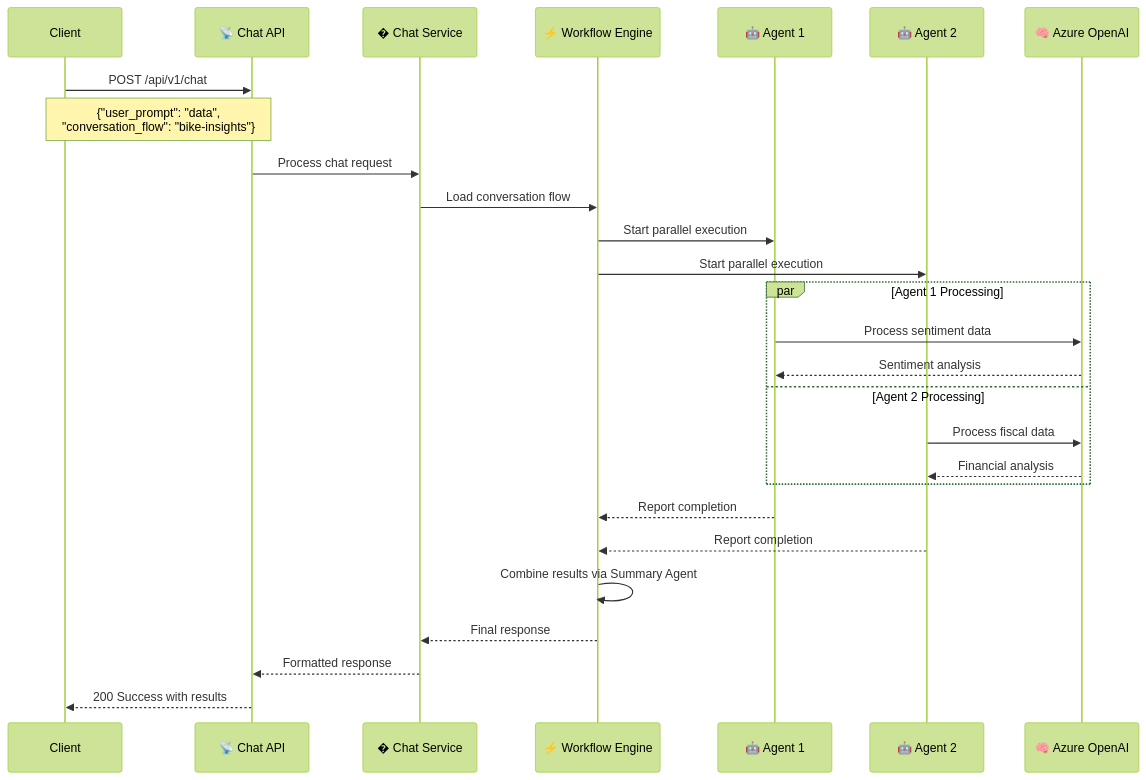
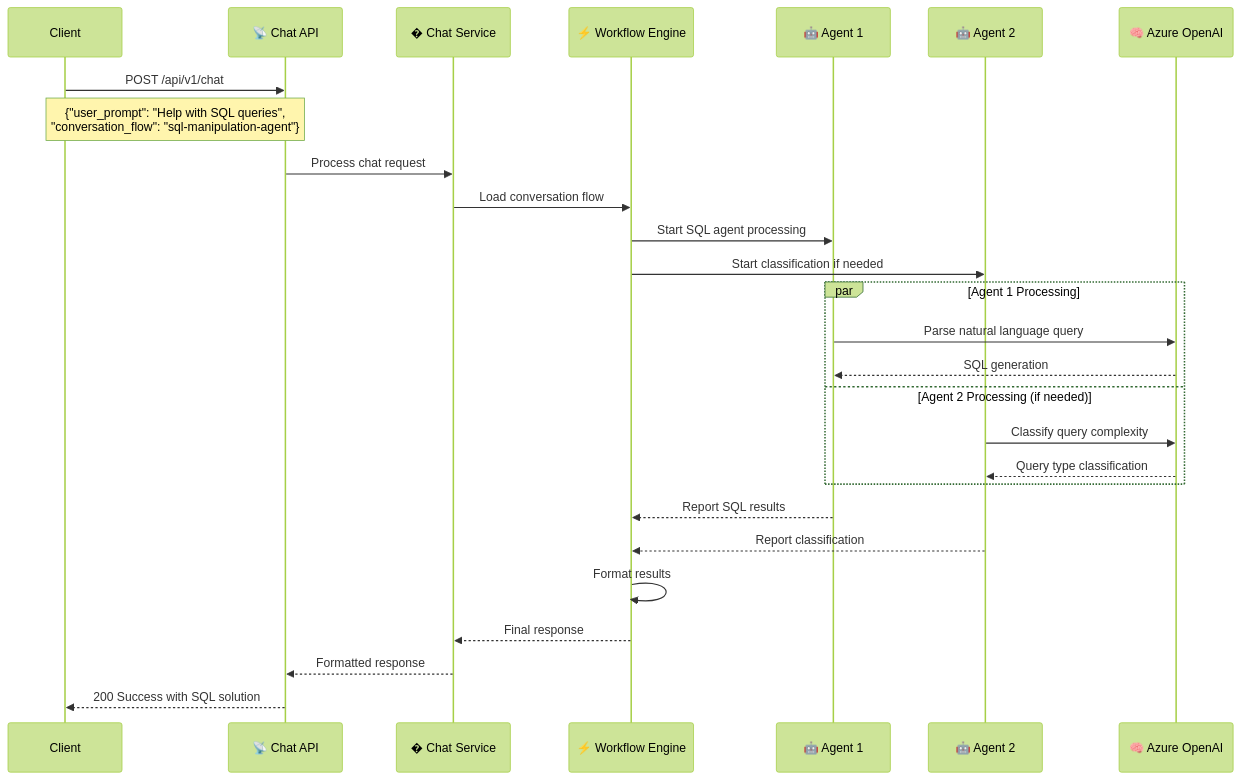
One commit to the-ingenious-dark-knight/Insight_Ingenious changed the fifth of 6 diagrams in docs/api/README.md. Above: the diagram before and after it, drawn with Mermaid (forest theme). The commit also changed other lines of this file and 3 other files, not shown here.

Commit message:
fix: Update API documentation to include new workflows and agents for classification and education

````diff
--- a/docs/api/README.md
+++ b/docs/api/README.md
@@ -202,35 +212,35 @@
 ```mermaid
 sequenceDiagram
     participant Client
     participant API as 📡 Chat API
     participant ChatService as � Chat Service
     participant WorkflowEngine as ⚡ Workflow Engine
     participant Agent1 as 🤖 Agent 1
     participant Agent2 as 🤖 Agent 2
     participant LLM as 🧠 Azure OpenAI
 
     Client->>API: POST /api/v1/chat
-    Note over Client,API: {"user_prompt": "data",<br/>"conversation_flow": "bike-insights"}
+    Note over Client,API: {"user_prompt": "Help with SQL queries",<br/>"conversation_flow": "sql-manipulation-agent"}
 
     API->>ChatService: Process chat request
     ChatService->>WorkflowEngine: Load conversation flow
 
-    WorkflowEngine->>Agent1: Start parallel execution
-    WorkflowEngine->>Agent2: Start parallel execution
+    WorkflowEngine->>Agent1: Start SQL agent processing
+    WorkflowEngine->>Agent2: Start classification if needed
 
     par Agent 1 Processing
-        Agent1->>LLM: Process sentiment data
-        LLM-->>Agent1: Sentiment analysis
-    and Agent 2 Processing
-        Agent2->>LLM: Process fiscal data
-        LLM-->>Agent2: Financial analysis
+        Agent1->>LLM: Parse natural language query
+        LLM-->>Agent1: SQL generation
+    and Agent 2 Processing (if needed)
+        Agent2->>LLM: Classify query complexity
+        LLM-->>Agent2: Query type classification
     end
 
-    Agent1-->>WorkflowEngine: Report completion
-    Agent2-->>WorkflowEngine: Report completion
+    Agent1-->>WorkflowEngine: Report SQL results
+    Agent2-->>WorkflowEngine: Report classification
 
-    WorkflowEngine->>WorkflowEngine: Combine results via Summary Agent
+    WorkflowEngine->>WorkflowEngine: Format results
     WorkflowEngine-->>ChatService: Final response
     ChatService-->>API: Formatted response
-    API-->>Client: 200 Success with results
+    API-->>Client: 200 Success with SQL solution
 ```
````
